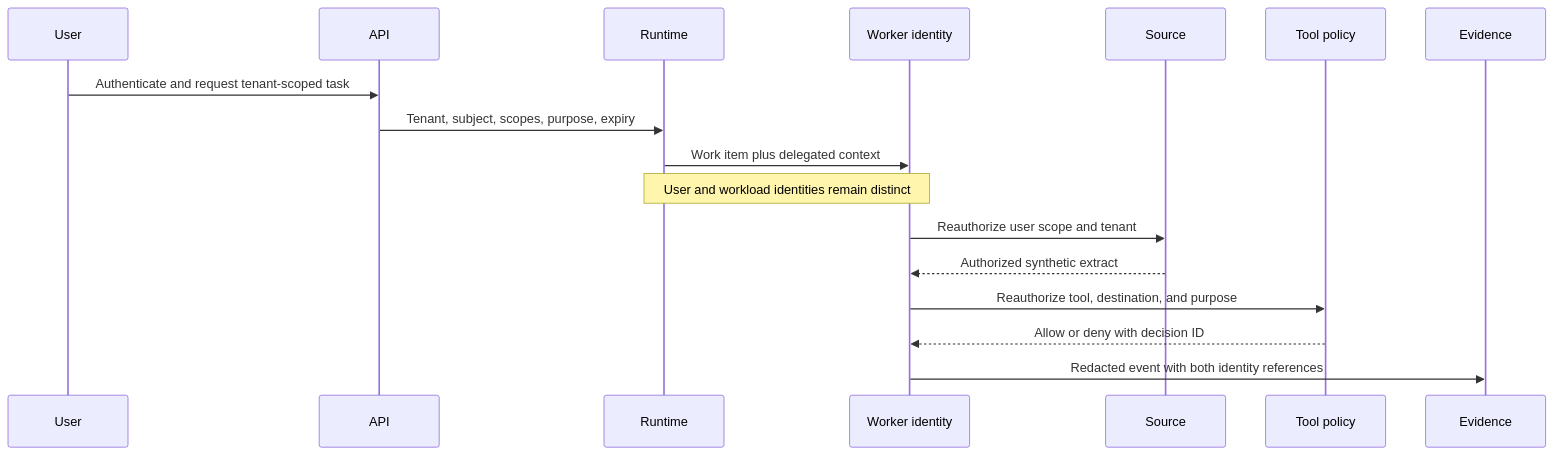
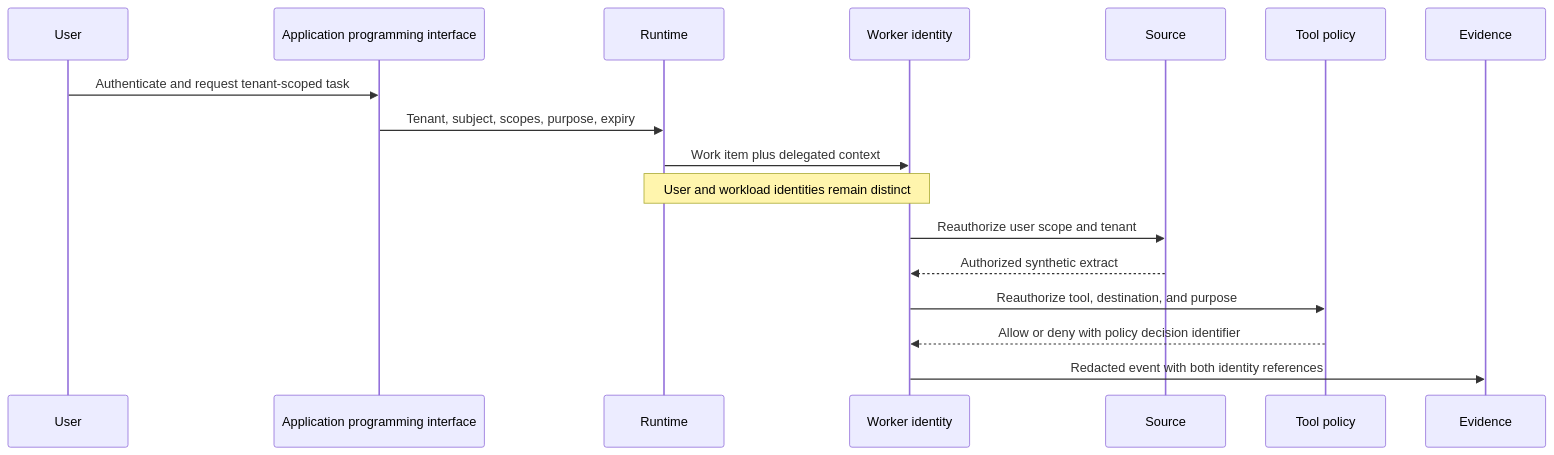
The first of 4 diagrams in modules/06-security-safety-governance/chapters/26-identity-privacy-content-safety.md (VikrantSingh01/Agentic_System_Design), drawn with Mermaid before and after one commit. The commit also changed other lines of this file and 3 other files, not shown here.

Commit message:
Improve Module 6 diagram accessibility

````diff
--- a/modules/06-security-safety-governance/chapters/26-identity-privacy-content-safety.md
+++ b/modules/06-security-safety-governance/chapters/26-identity-privacy-content-safety.md
@@ -57,19 +57,19 @@
 ```mermaid
 sequenceDiagram
     participant U as User
-    participant A as API
+    participant A as Application programming interface
     participant R as Runtime
     participant W as Worker identity
     participant S as Source
     participant P as Tool policy
     participant E as Evidence
     U->>A: Authenticate and request tenant-scoped task
     A->>R: Tenant, subject, scopes, purpose, expiry
     R->>W: Work item plus delegated context
     Note over R,W: User and workload identities remain distinct
     W->>S: Reauthorize user scope and tenant
     S-->>W: Authorized synthetic extract
     W->>P: Reauthorize tool, destination, and purpose
-    P-->>W: Allow or deny with decision ID
+    P-->>W: Allow or deny with policy decision identifier
     W->>E: Redacted event with both identity references
 ```
````
